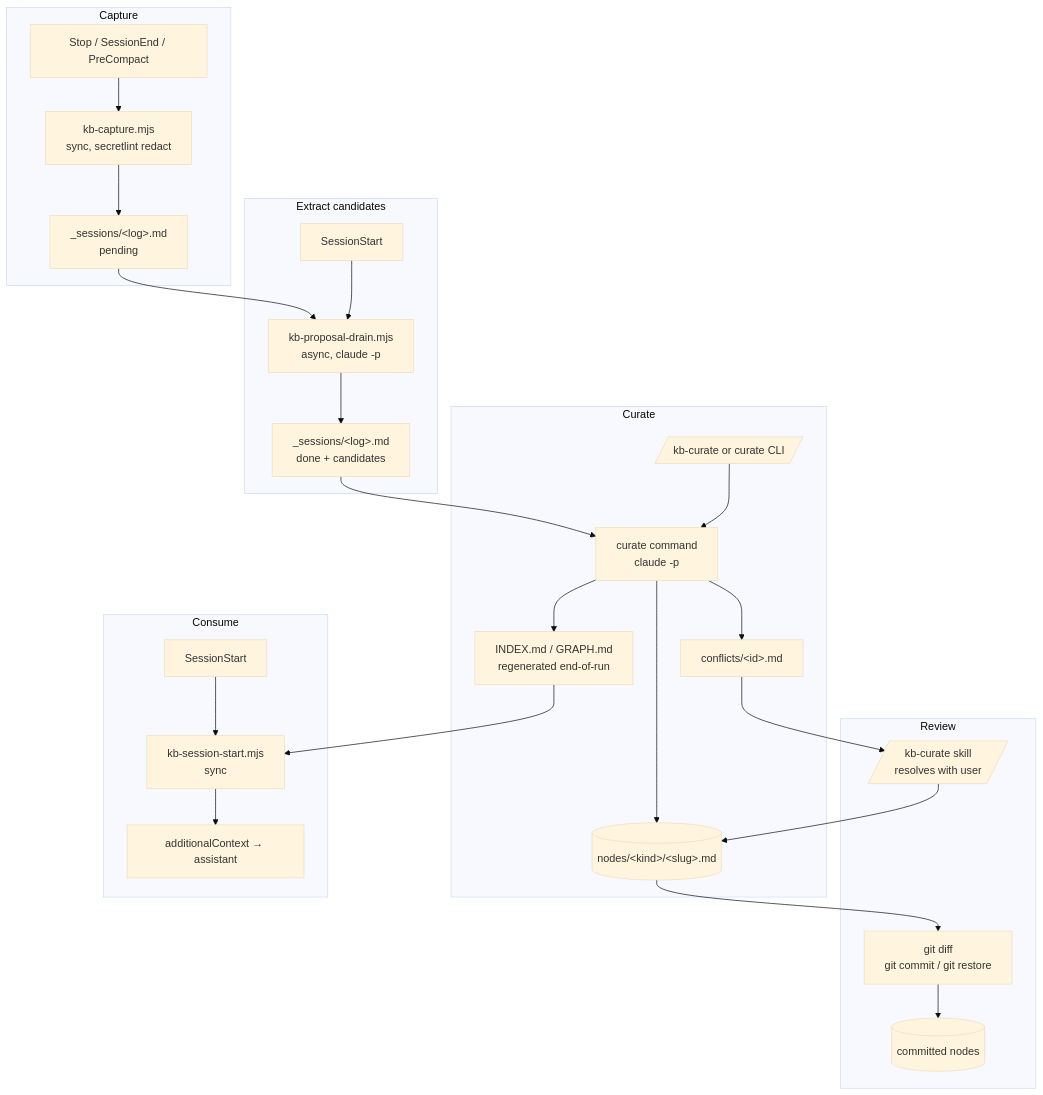
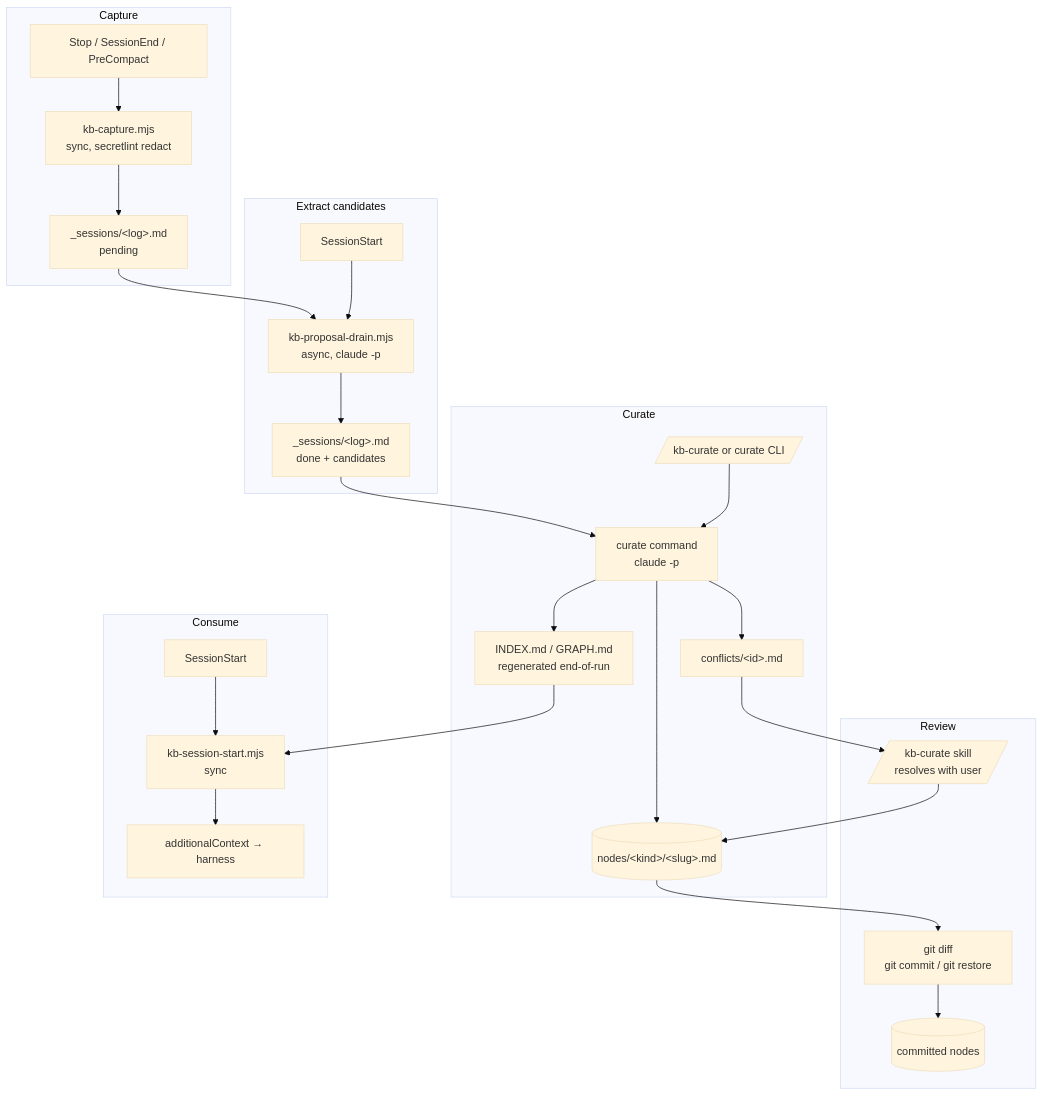
The diagram in docs/internals/architecture.md (e0ipso/ai-knowledge-base), drawn with Mermaid (base theme) before and after one commit. The commit also changed other lines of this file and 27 other files, not shown here.

First line of the commit message:
refactor: rename assistant to harness concept

````diff
--- a/docs/internals/architecture.md
+++ b/docs/internals/architecture.md
@@ -35,34 +35,34 @@
 ```mermaid
 flowchart TB
     subgraph capture[Capture]
         H1[Stop / SessionEnd / PreCompact] --> KB1[kb-capture.mjs<br/>sync, secretlint redact]
         KB1 --> SL[_sessions/&lt;log&gt;.md<br/>pending]
     end
 
     subgraph extract[Extract candidates]
         SS1[SessionStart] --> KB2[kb-proposal-drain.mjs<br/>async, claude -p]
         SL --> KB2
         KB2 --> SLD[_sessions/&lt;log&gt;.md<br/>done + candidates]
     end
 
     subgraph curate[Curate]
         UC[/kb-curate or curate CLI/] --> KB3[curate command<br/>claude -p]
         SLD --> KB3
         KB3 --> NODES[(nodes/&lt;kind&gt;/&lt;slug&gt;.md)]
         KB3 --> PC[conflicts/&lt;id&gt;.md]
         KB3 --> IDX[INDEX.md / GRAPH.md<br/>regenerated end-of-run]
     end
 
     subgraph review[Review]
         NODES --> RV[git diff<br/>git commit / git restore]
         PC --> SK[/kb-curate skill<br/>resolves with user/]
         SK --> NODES
         RV --> COMMIT[(committed nodes)]
     end
 
     subgraph consume[Consume]
         SS2[SessionStart] --> KB4[kb-session-start.mjs<br/>sync]
         IDX --> KB4
-        KB4 --> CTX[additionalContext → assistant]
+        KB4 --> CTX[additionalContext → harness]
     end
 ```
````
